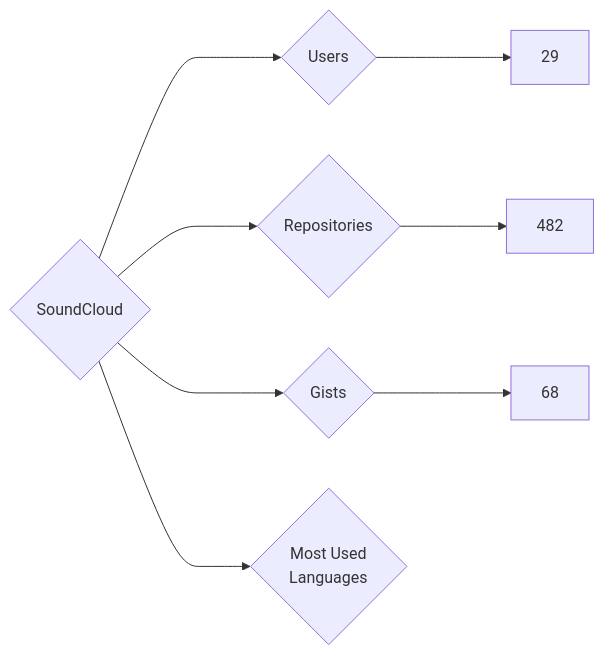
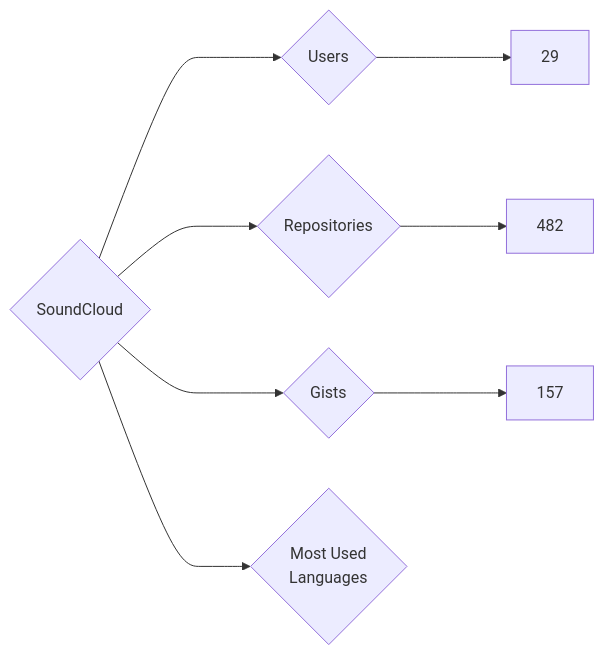
One commit to nenadzaric/insiders changed the diagram in targets/SoundCloud/README.md. Above: the diagram before and after it, drawn with Mermaid. The commit also changed 1342 other files, not shown here.

````diff
--- a/targets/SoundCloud/README.md
+++ b/targets/SoundCloud/README.md
@@ -3,8 +3,8 @@
 ```mermaid
 graph LR
 COMPANY_NAME{SoundCloud}
 COMPANY_NAME ---> U{Users} ---> UN[29]
 COMPANY_NAME ---> R{Repositories} ---> RN[482]
-COMPANY_NAME ---> G{Gists} ---> GN[68]
+COMPANY_NAME ---> G{Gists} ---> GN[157]
 COMPANY_NAME ---> ML{Most Used<br>Languages}
 ```
````
